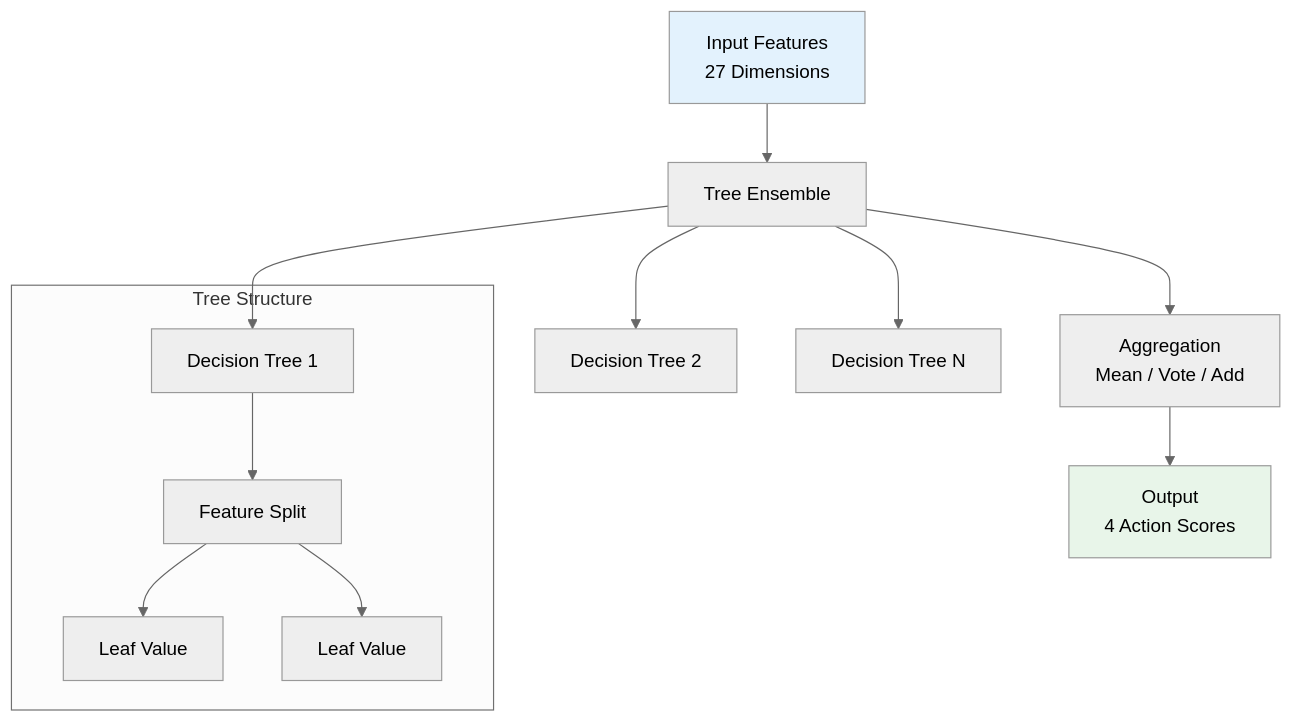
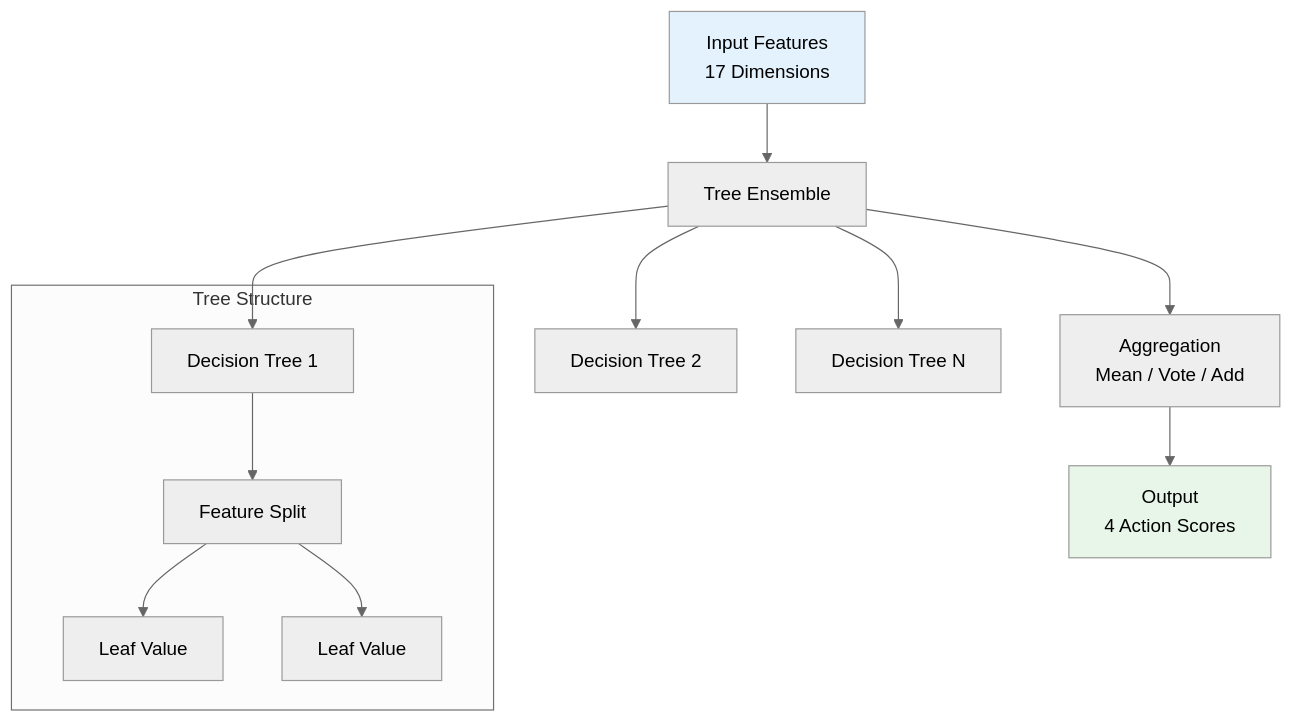
Before and after one commit to Evintkoo/2048-ml: the second of 4 diagrams in plans/05-Model/02-Training/03-model-architecture.md, drawn with Mermaid (neutral theme). The commit also changed other lines of this file and 198 other files, not shown here.

````diff
--- a/plans/05-Model/02-Training/03-model-architecture.md
+++ b/plans/05-Model/02-Training/03-model-architecture.md
@@ -45,19 +45,19 @@
 ```mermaid
 flowchart TD
-    Input[Input Features<br/>27 Dimensions] --> TreeEnsemble[Tree Ensemble]
+    Input[Input Features<br/>17 Dimensions] --> TreeEnsemble[Tree Ensemble]
     TreeEnsemble --> Tree1[Decision Tree 1]
     TreeEnsemble --> Tree2[Decision Tree 2]
     TreeEnsemble --> TreeN[Decision Tree N]
     
     subgraph "Tree Structure"
         Tree1 --> Split1[Feature Split]
         Split1 --> Leaf1[Leaf Value]
         Split1 --> Leaf2[Leaf Value]
     end
     
     TreeEnsemble --> Aggregation[Aggregation<br/>Mean / Vote / Add]
     Aggregation --> Output[Output<br/>4 Action Scores]
     
     style Input fill:#e3f2fd
     style Output fill:#e8f5e9
 ```
````
